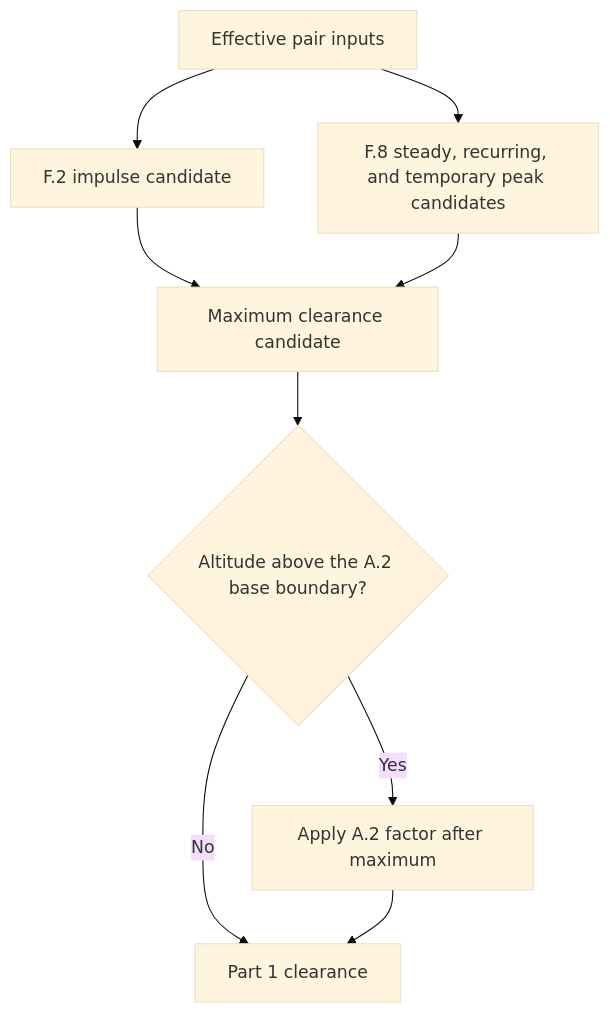
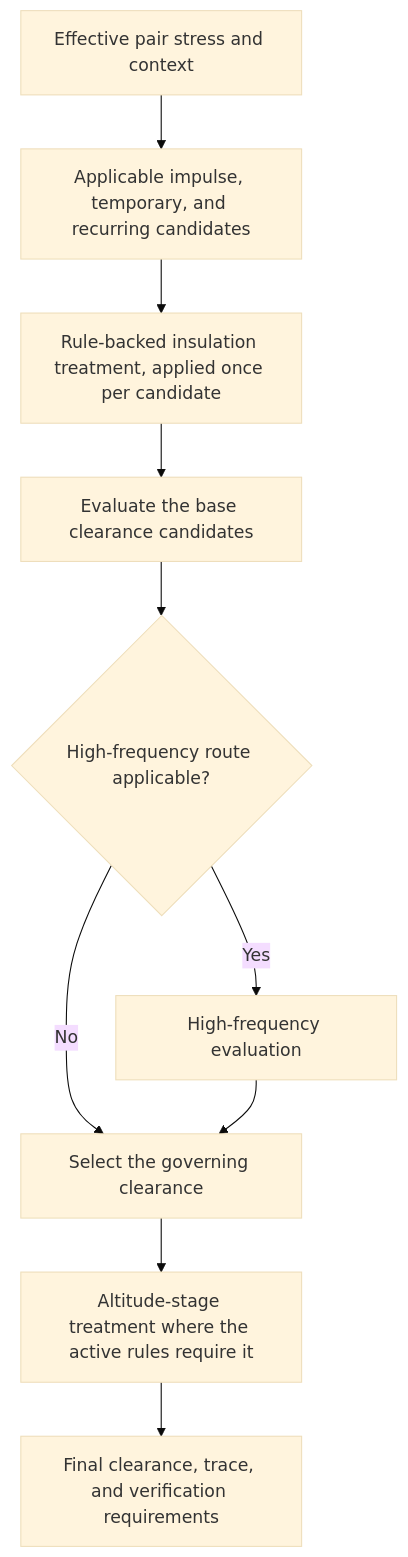
Before and after one commit to smarley2/insulation-coordination-calculator: the second of 5 diagrams in README.md, drawn with Mermaid (base theme). The commit also changed other lines of this file and 2 other files, not shown here.

First line of the commit message:
The README describes the calculator's own workflows, and a test keeps the figures out of them (#124)

````diff
--- a/README.md
+++ b/README.md
@@ -87,11 +142,12 @@
 ```mermaid
 flowchart TD
-    I["Effective pair inputs"] --> F2["F.2 impulse candidate"]
-    I --> F8["F.8 steady, recurring, and temporary peak candidates"]
-    F2 --> M["Maximum clearance candidate"]
-    F8 --> M
-    M --> A2{"Altitude above the A.2 base boundary?"}
-    A2 -- "No" --> C["Part 1 clearance"]
-    A2 -- "Yes" --> AF["Apply A.2 factor after maximum"]
-    AF --> C
+    E["Effective pair stress and context"] --> N["Applicable impulse, temporary, and recurring candidates"]
+    N --> RT["Rule-backed insulation treatment, applied once per candidate"]
+    RT --> B["Evaluate the base clearance candidates"]
+    B --> HF{"High-frequency route applicable?"}
+    HF -- "Yes" --> HFS["High-frequency evaluation"]
+    HF -- "No" --> SEL["Select the governing clearance"]
+    HFS --> SEL
+    SEL --> ALT["Altitude-stage treatment where the active rules require it"]
+    ALT --> OUT["Final clearance, trace, and verification requirements"]
 ```
````
